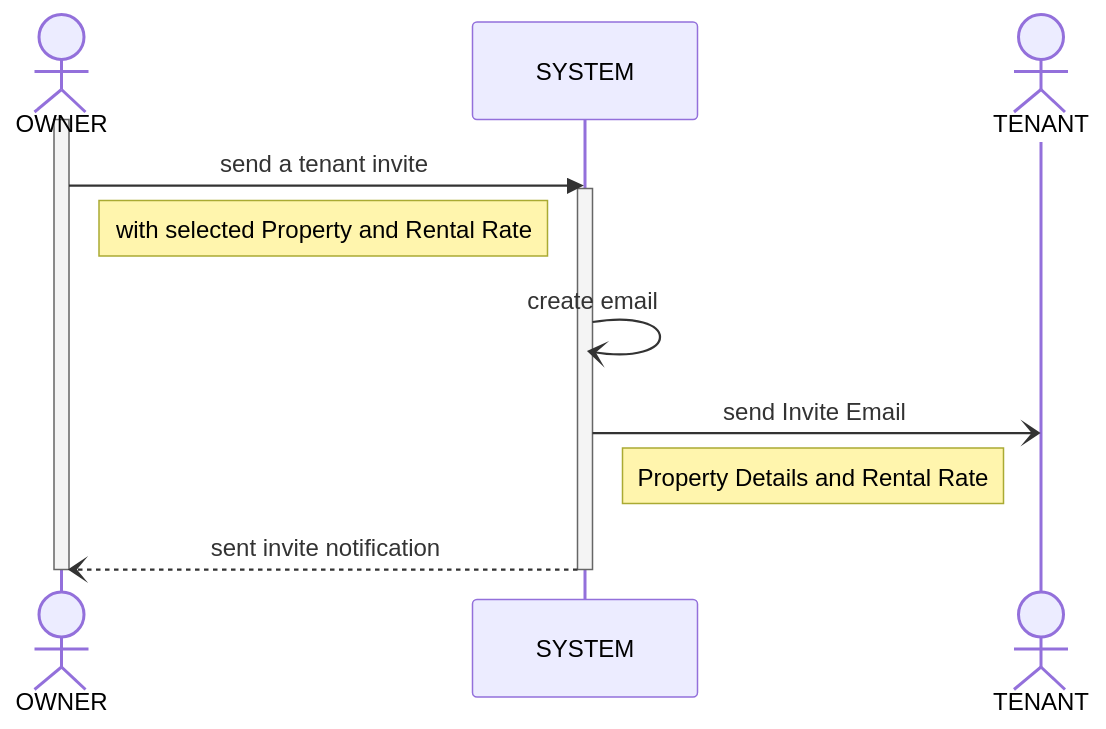
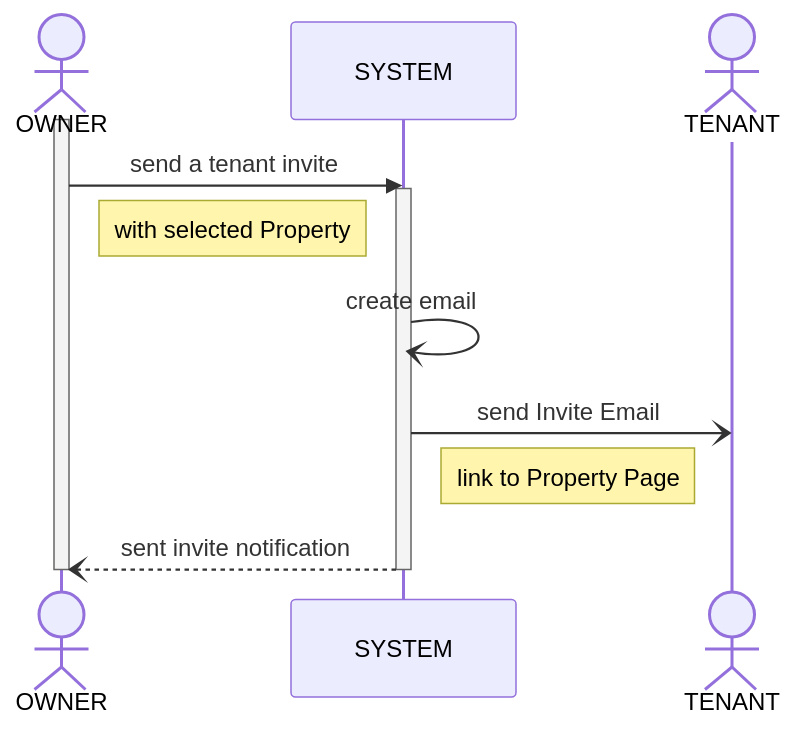
The third of 3 diagrams in docs/SD.md (UpBrewTech/project-leasa), drawn with Mermaid before and after one commit. The commit also changed other lines of this file and 1 other file, not shown here.

Commit message:
erd and sd update

````diff
--- a/docs/SD.md
+++ b/docs/SD.md
@@ -74,30 +73,30 @@
 ```mermaid
 sequenceDiagram
     actor O as OWNER
     participant S as SYSTEM
     actor T as TENANT
 
     activate O
     O->>S: send a tenant invite
     activate S
-    NOTE right of O: with selected Property and Rental Rate
+    NOTE right of O: with selected Property
     S-)S: create email
     S-)T: send Invite Email
-    NOTE right of S: Property Details and Rental Rate
+    NOTE right of S: link to Property Page
     S--)O: sent invite notification
     deactivate O
     deactivate S
 
     %% activate T
     %% T-->>S: accept invite
     %% activate S
     %% alt unregistered user
     %%     S-)T: redirects user to /auth/registration
     %%     T-->>S: successfully registered
     %% end
     %% S-)S: updates contract
     %% S--)O: successful contact notification
     %% S--)T: successful contact notification
     %% deactivate S
     %% deactivate T
 ```
````
